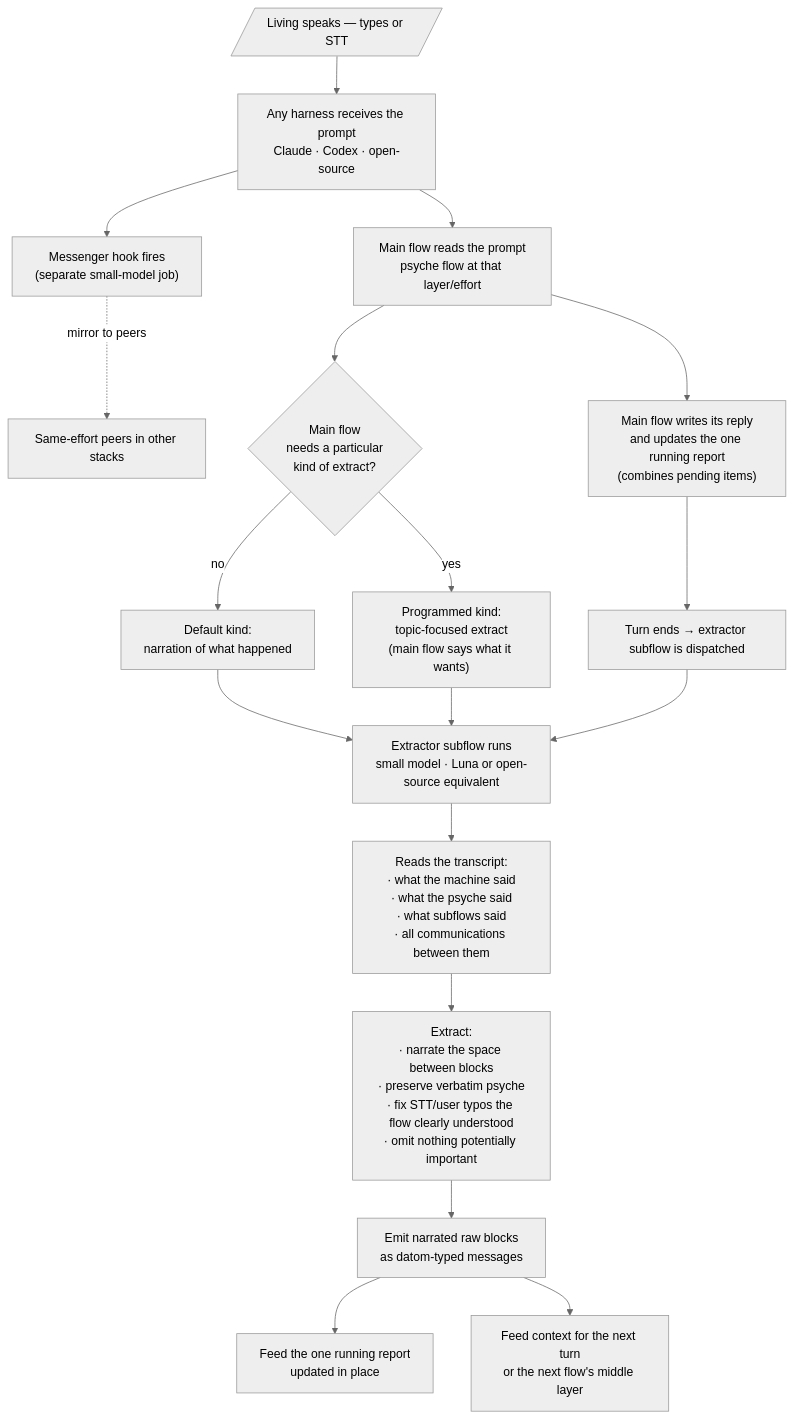
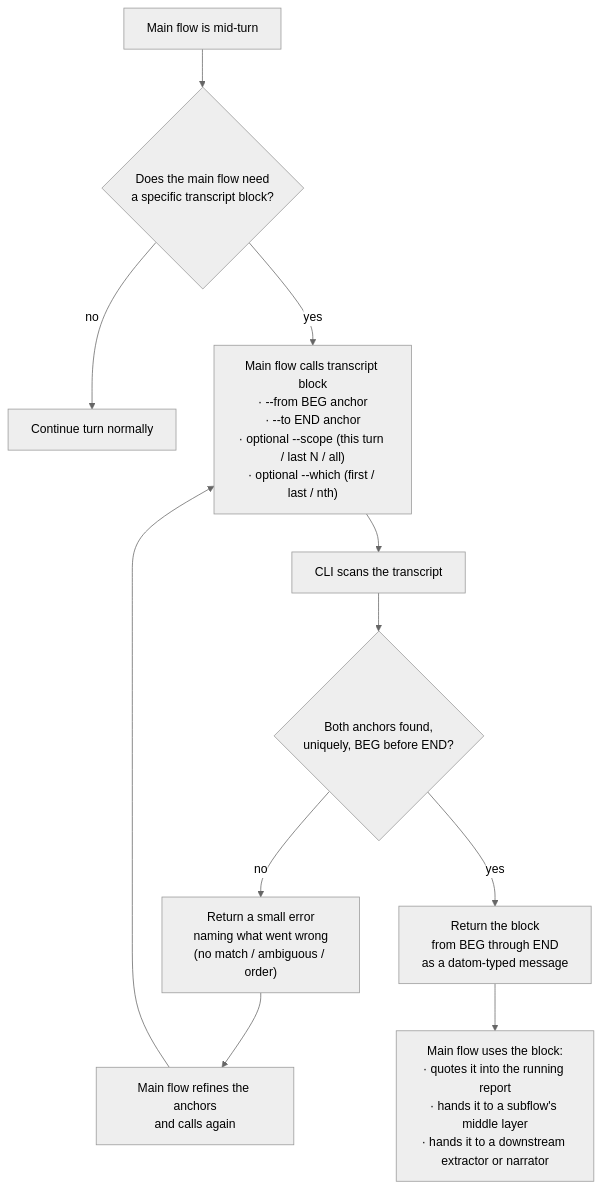
The diagram in flows/48cff7/notion/narratedExtractor.md (LiGoldragon/primary), drawn with Mermaid (neutral theme) before and after one commit. The commit also changed other lines of this file, not shown here.

First line of the commit message:
flow 48cff7: notion — anchor extract belongs in existing transcript CLI

````diff
--- a/flows/48cff7/notion/narratedExtractor.md
+++ b/flows/48cff7/notion/narratedExtractor.md
@@ -30,26 +46,17 @@
 ```mermaid
 flowchart TD
-    Living[/Living speaks — types or STT/]
-    Living --> Any["Any harness receives the prompt<br/>Claude · Codex · open-source"]
-    Any --> Messenger["Messenger hook fires<br/>(separate small-model job)"]
-    Messenger -.->|mirror to peers| Peers[Same-effort peers in other stacks]
-    Any --> Main["Main flow reads the prompt<br/>psyche flow at that layer/effort"]
+    Turn[Main flow is mid-turn]
+    Turn --> Need{"Does the main flow need<br/>a specific transcript block?"}
+    Need -->|no| Continue[Continue turn normally]
+    Need -->|yes| Call["Main flow calls transcript block<br/>· --from BEG anchor<br/>· --to END anchor<br/>· optional --scope (this turn / last N / all)<br/>· optional --which (first / last / nth)"]
 
-    Main --> Ask{"Main flow<br/>needs a particular<br/>kind of extract?"}
-    Ask -->|no| Default["Default kind:<br/>narration of what happened"]
-    Ask -->|yes| Programmed["Programmed kind:<br/>topic-focused extract<br/>(main flow says what it wants)"]
+    Call --> Scan[CLI scans the transcript]
+    Scan --> Match{"Both anchors found,<br/>uniquely, BEG before END?"}
+    Match -->|no| Error["Return a small error<br/>naming what went wrong<br/>(no match / ambiguous / order)"]
+    Match -->|yes| Return["Return the block<br/>from BEG through END<br/>as a datom-typed message"]
 
-    Main --> Reply["Main flow writes its reply<br/>and updates the one running report<br/>(combines pending items)"]
-    Reply --> Trigger["Turn ends → extractor subflow is dispatched"]
+    Error --> Refine["Main flow refines the anchors<br/>and calls again"]
+    Refine --> Call
 
-    Default --> Extractor
-    Programmed --> Extractor
-
-    Trigger --> Extractor["Extractor subflow runs<br/>small model · Luna or open-source equivalent"]
-    Extractor --> Reads["Reads the transcript:<br/>· what the machine said<br/>· what the psyche said<br/>· what subflows said<br/>· all communications between them"]
-    Reads --> Do["Extract:<br/>· narrate the space between blocks<br/>· preserve verbatim psyche<br/>· fix STT/user typos the flow clearly understood<br/>· omit nothing potentially important"]
-    Do --> Emit["Emit narrated raw blocks<br/>as datom-typed messages"]
-
-    Emit --> Report["Feed the one running report<br/>updated in place"]
-    Emit --> Next["Feed context for the next turn<br/>or the next flow's middle layer"]
+    Return --> Use["Main flow uses the block:<br/>· quotes it into the running report<br/>· hands it to a subflow's middle layer<br/>· hands it to a downstream extractor or narrator"]
 ```
````
